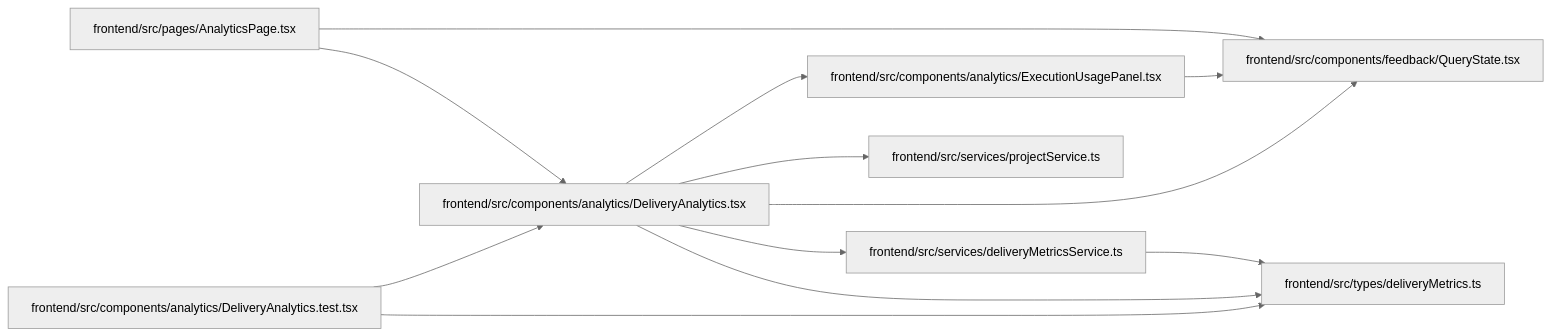
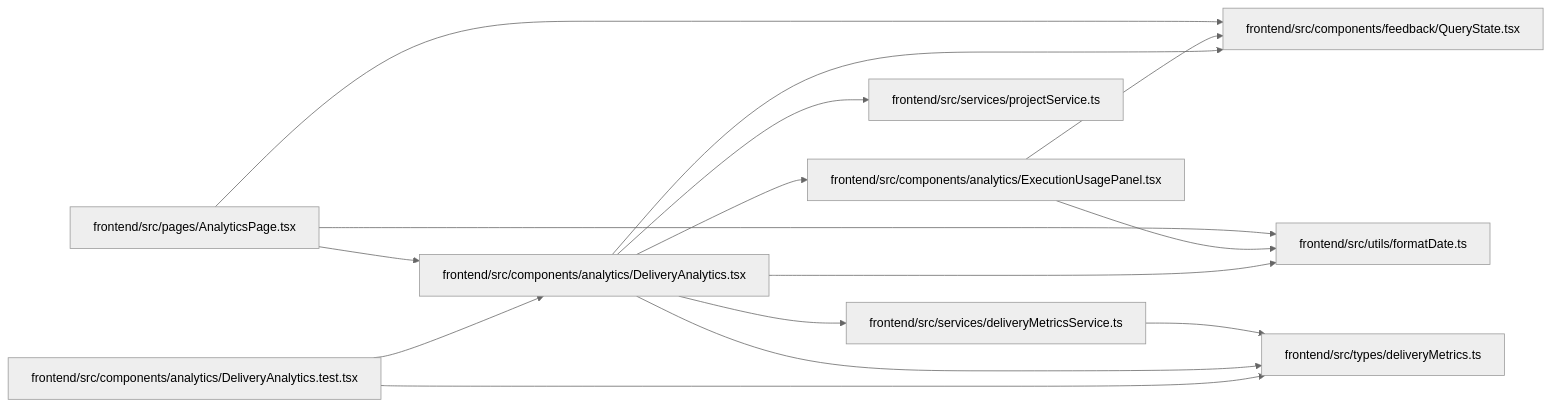
The diagram in docs/llm_wiki/modules/DeliveryAnalytics.md (Denissvgn/WorkChord), drawn with Mermaid (neutral theme) before and after one commit. The commit also changed other lines of this file and 304 other files, not shown here.

````diff
--- a/docs/llm_wiki/modules/DeliveryAnalytics.md
+++ b/docs/llm_wiki/modules/DeliveryAnalytics.md
@@ -36,30 +37,35 @@
 ```mermaid
 flowchart LR
     n0["frontend/src/components/analytics/DeliveryAnalytics.test.tsx"]
     n1["frontend/src/components/analytics/DeliveryAnalytics.tsx"]
     n2["frontend/src/components/analytics/ExecutionUsagePanel.tsx"]
     n3["frontend/src/components/feedback/QueryState.tsx"]
     n4["frontend/src/pages/AnalyticsPage.tsx"]
     n5["frontend/src/services/deliveryMetricsService.ts"]
     n6["frontend/src/services/projectService.ts"]
     n7["frontend/src/types/deliveryMetrics.ts"]
+    n8["frontend/src/utils/formatDate.ts"]
     n0 --> n1
     n0 --> n7
     n1 --> n2
     n1 --> n3
     n1 --> n5
     n1 --> n6
     n1 --> n7
+    n1 --> n8
     n2 --> n3
+    n2 --> n8
     n4 --> n1
     n4 --> n3
+    n4 --> n8
     n5 --> n7
     click n0 "../modules/DeliveryAnalytics.test.md"
     click n1 "../modules/DeliveryAnalytics.md"
     click n2 "../modules/ExecutionUsagePanel.md"
     click n3 "../modules/QueryState.md"
     click n4 "../modules/AnalyticsPage.md"
     click n5 "../modules/deliveryMetricsService.md"
     click n6 "../modules/projectService.md"
     click n7 "../modules/deliveryMetrics.md"
+    click n8 "../modules/formatDate.md"
 ```
````
